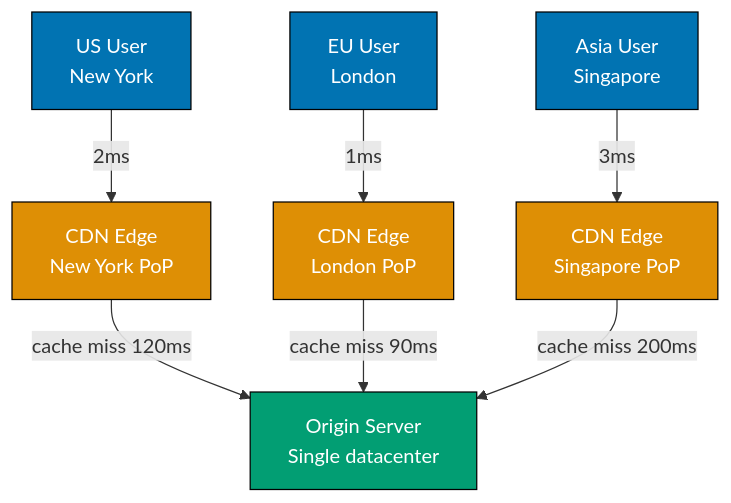
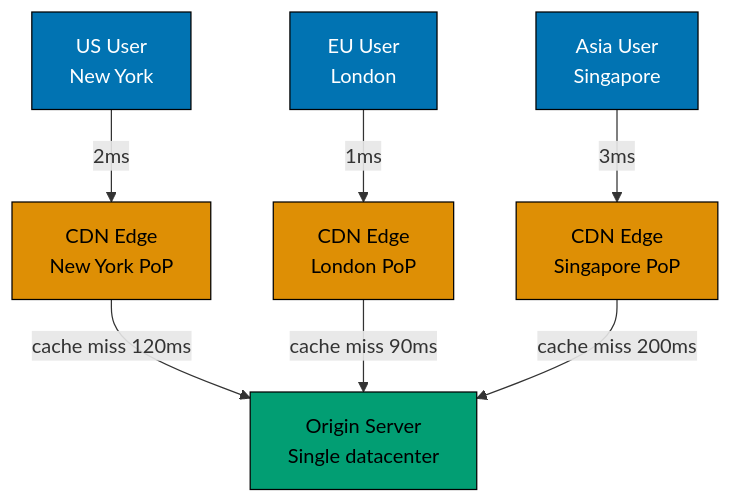
Before and after one commit to wahidyankf/ose-public: the sixth of 8 diagrams in apps/ayokoding-www/content/en/learn/legacy/software-engineering/system-design/by-example/beginner.md, drawn with Mermaid. The commit also changed other lines of this file and 78 other files, not shown here.

First line of the commit message:
fix(mermaid): bring the remaining legacy software-engineering diagrams onto the accessible palette

````diff
--- a/apps/ayokoding-www/content/en/learn/legacy/software-engineering/system-design/by-example/beginner.md
+++ b/apps/ayokoding-www/content/en/learn/legacy/software-engineering/system-design/by-example/beginner.md
@@ -4177,26 +4212,32 @@
 ```mermaid
 %% Color Palette: Blue #0173B2, Orange #DE8F05, Teal #029E73, Purple #CC78BC, Brown #CA9161
 graph TD
+    accTitle: Example 19: CDN — Content Delivery Network Basics
+    accDescr: Graph with 7 nodes and 6 connections. Nodes: US User New York, EU User London, Asia User Singapore, CDN Edge New York PoP, CDN Edge London PoP, CDN Edge Singapore PoP, Origin Server Single datacenter. Connections: US User New York to CDN Edge New York PoP (2ms), EU User London to CDN Edge London PoP (1ms), Asia User Singapore to CDN Edge Singapore PoP (3ms), CDN Edge New York PoP to Origin Server Single datacenter (cache miss 120ms), CDN Edge London PoP to Origin Server Single datacenter (cache miss 90ms), CDN Edge Singapore PoP to Origin Server Single datacenter (cache miss 200ms).
     US["US User<br/>New York"]
     EU["EU User<br/>London"]
     AS["Asia User<br/>Singapore"]
     EdgeUS["CDN Edge<br/>New York PoP"]
     EdgeEU["CDN Edge<br/>London PoP"]
     EdgeAS["CDN Edge<br/>Singapore PoP"]
     Origin["Origin Server<br/>Single datacenter"]
 
     US -- 2ms --> EdgeUS
     EU -- 1ms --> EdgeEU
     AS -- 3ms --> EdgeAS
     EdgeUS -- cache miss 120ms --> Origin
     EdgeEU -- cache miss 90ms --> Origin
     EdgeAS -- cache miss 200ms --> Origin
 
-    style US fill:#0173B2,stroke:#000,color:#fff
-    style EU fill:#0173B2,stroke:#000,color:#fff
-    style AS fill:#0173B2,stroke:#000,color:#fff
-    style EdgeUS fill:#DE8F05,stroke:#000,color:#fff
-    style EdgeEU fill:#DE8F05,stroke:#000,color:#fff
-    style EdgeAS fill:#DE8F05,stroke:#000,color:#fff
-    style Origin fill:#029E73,stroke:#000,color:#fff
+    classDef pal-0173B2 fill:#0173B2,stroke:#000000,color:#FFFFFF
+    class US pal-0173B2
+    class EU pal-0173B2
+    class AS pal-0173B2
+    classDef pal-DE8F05 fill:#DE8F05,stroke:#000000,color:#000000
+    class EdgeUS pal-DE8F05
+    class EdgeEU pal-DE8F05
+    class EdgeAS pal-DE8F05
+    classDef pal-029E73 fill:#029E73,stroke:#000000,color:#000000
+    class Origin pal-029E73
+    classDef default fill:#FFFFFF,stroke:#000000,color:#000000
 ```
````
